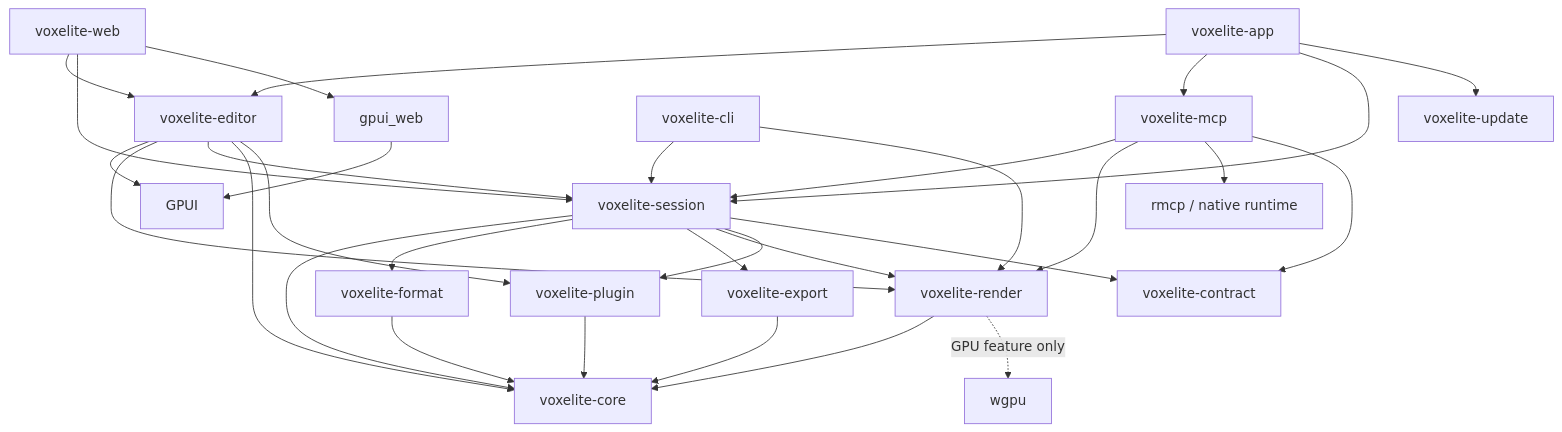
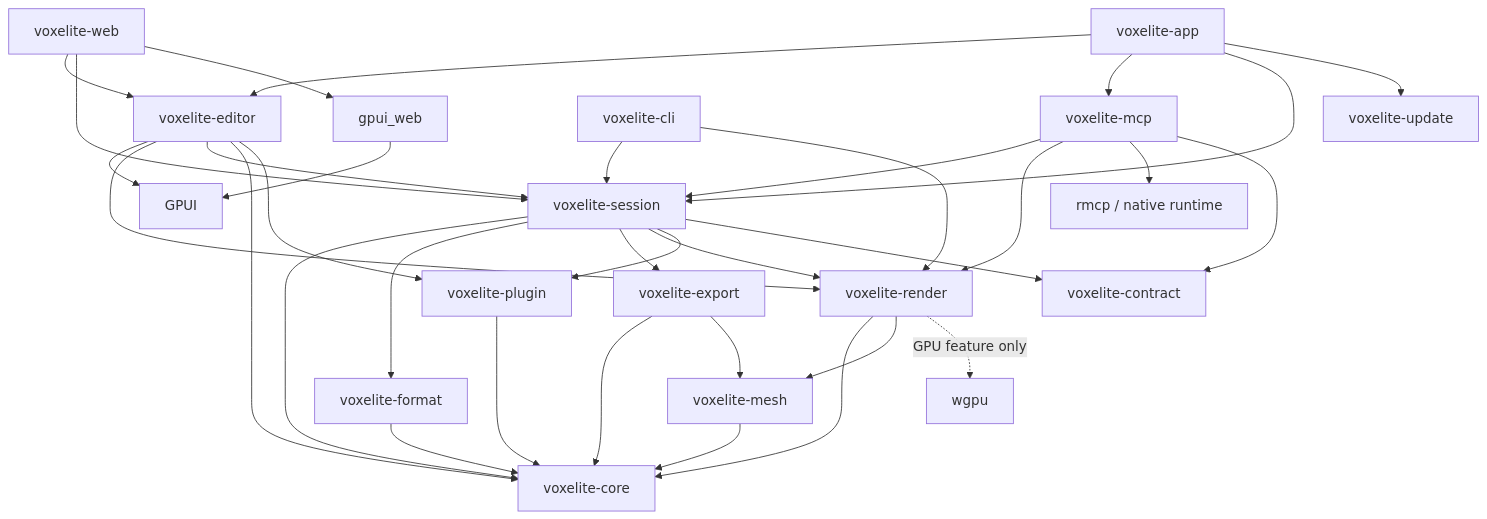
Before and after one commit to 0x63616c/quantum: the diagram in PLAN.md, drawn with Mermaid. The commit also changed other lines of this file and 36 other files, not shown here.

First line of the commit message:
Isolate the renderer: extract voxelite-mesh, shrink voxelite-render's public API

````diff
--- a/PLAN.md
+++ b/PLAN.md
@@ -149,33 +150,36 @@
 ```mermaid
 graph TD
     APP[voxelite-app] --> EDITOR[voxelite-editor]
     APP --> MCP[voxelite-mcp]
     APP --> SESSION[voxelite-session]
     WEB[voxelite-web] --> EDITOR
     WEB --> SESSION
     WEB --> GPUIWEB[gpui_web]
     GPUIWEB --> GPUI[GPUI]
     EDITOR --> GPUI
     EDITOR --> RENDER[voxelite-render]
     EDITOR --> SESSION
     EDITOR --> CORE[voxelite-core]
     MCP --> SESSION
     MCP --> RENDER
     MCP --> RMCP[rmcp / native runtime]
     SESSION --> CORE
     RENDER --> CORE
+    RENDER --> MESH[voxelite-mesh]
+    MESH --> CORE
     RENDER -. GPU feature only .-> WGPU[wgpu]
     FORMAT[voxelite-format] --> CORE
     EXPORT[voxelite-export] --> CORE
+    EXPORT --> MESH
     PLUGIN[voxelite-plugin] --> CORE
     SESSION --> FORMAT
     SESSION --> EXPORT
     SESSION --> RENDER
     SESSION --> PLUGIN
     EDITOR --> PLUGIN
     MCP --> CONTRACT[voxelite-contract]
     SESSION --> CONTRACT
     CLI[voxelite-cli] --> SESSION
     CLI --> RENDER
     APP --> UPDATE[voxelite-update]
 ```
````
